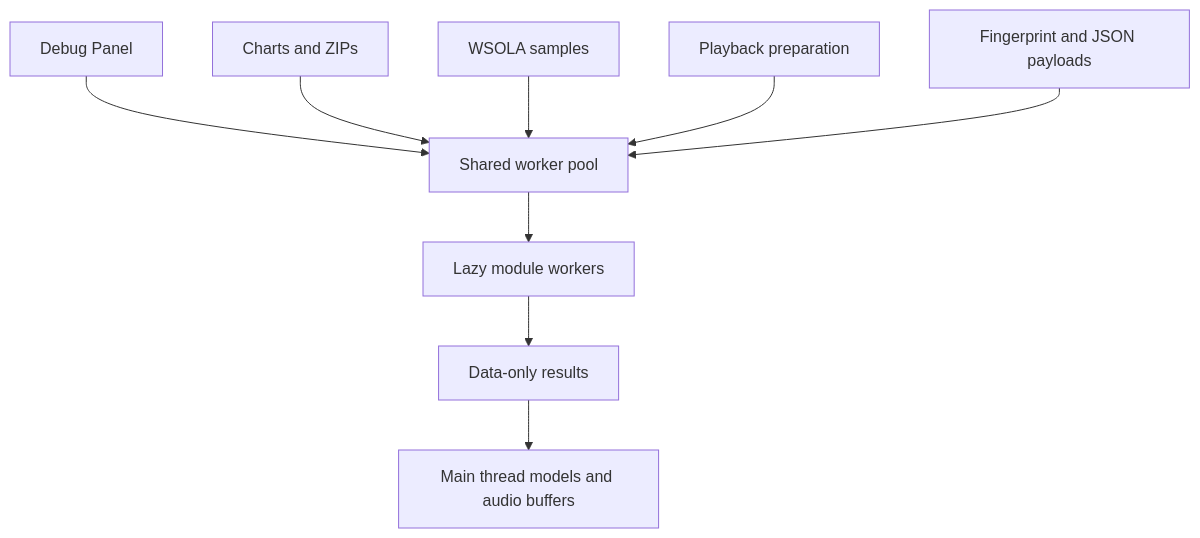
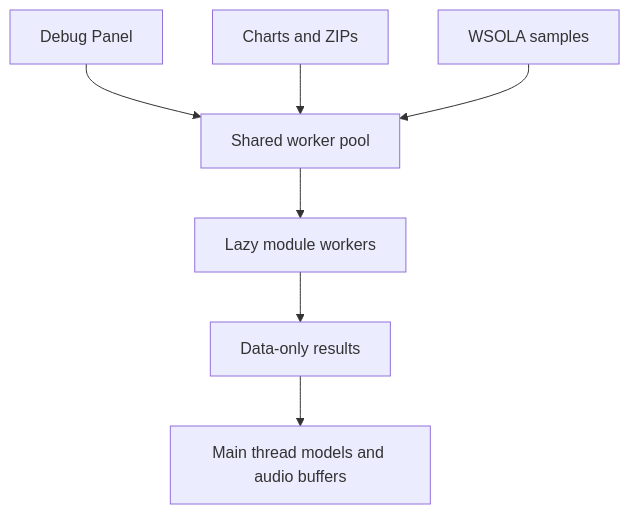
The diagram in docs/adr/0010-browser-task-pool.md (nulltask/be-music), drawn with Mermaid before and after one commit. The commit also changed other lines of this file and 30 other files, not shown here.

````diff
--- a/docs/adr/0010-browser-task-pool.md
+++ b/docs/adr/0010-browser-task-pool.md
@@ -7,11 +7,9 @@
 ```mermaid
 flowchart TD
   panel[Debug Panel] --> pool[Shared worker pool]
   loading[Charts and ZIPs] --> pool
   audio[WSOLA samples] --> pool
-  preparation[Playback preparation] --> pool
-  submission[Fingerprint and JSON payloads] --> pool
   pool --> workers[Lazy module workers]
   workers --> data[Data-only results]
   data --> main[Main thread models and audio buffers]
 ```
````
